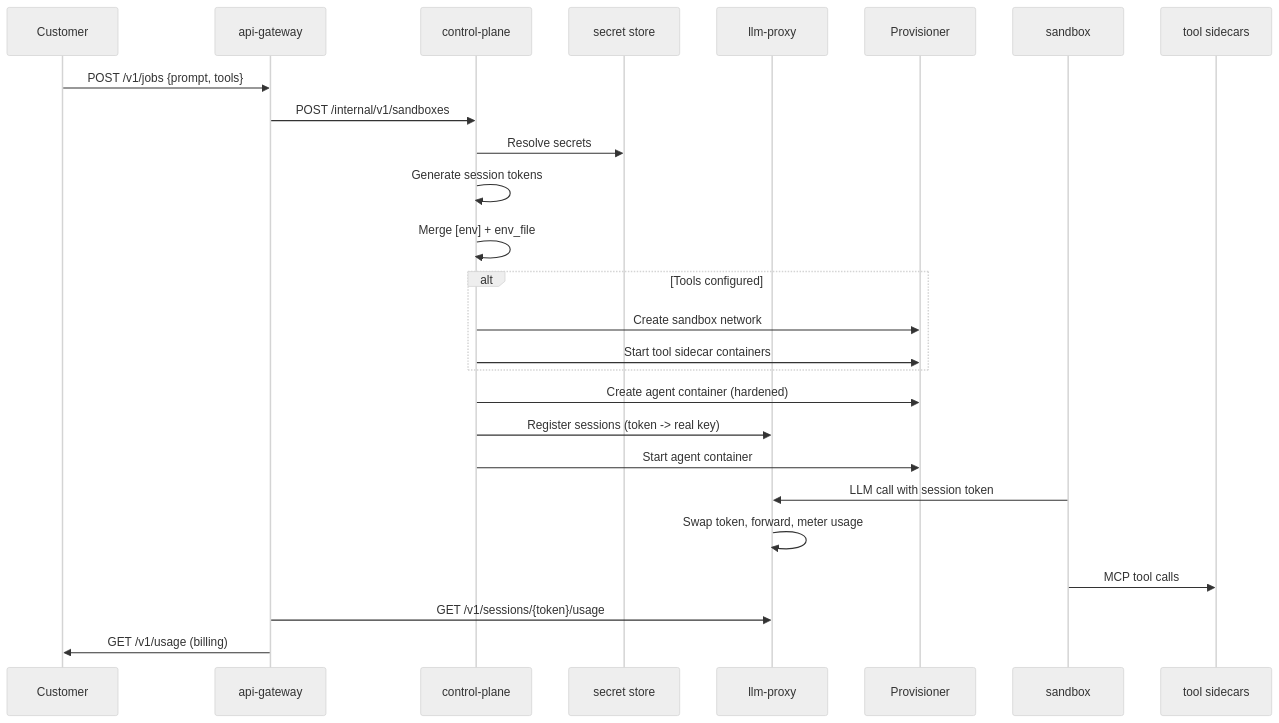
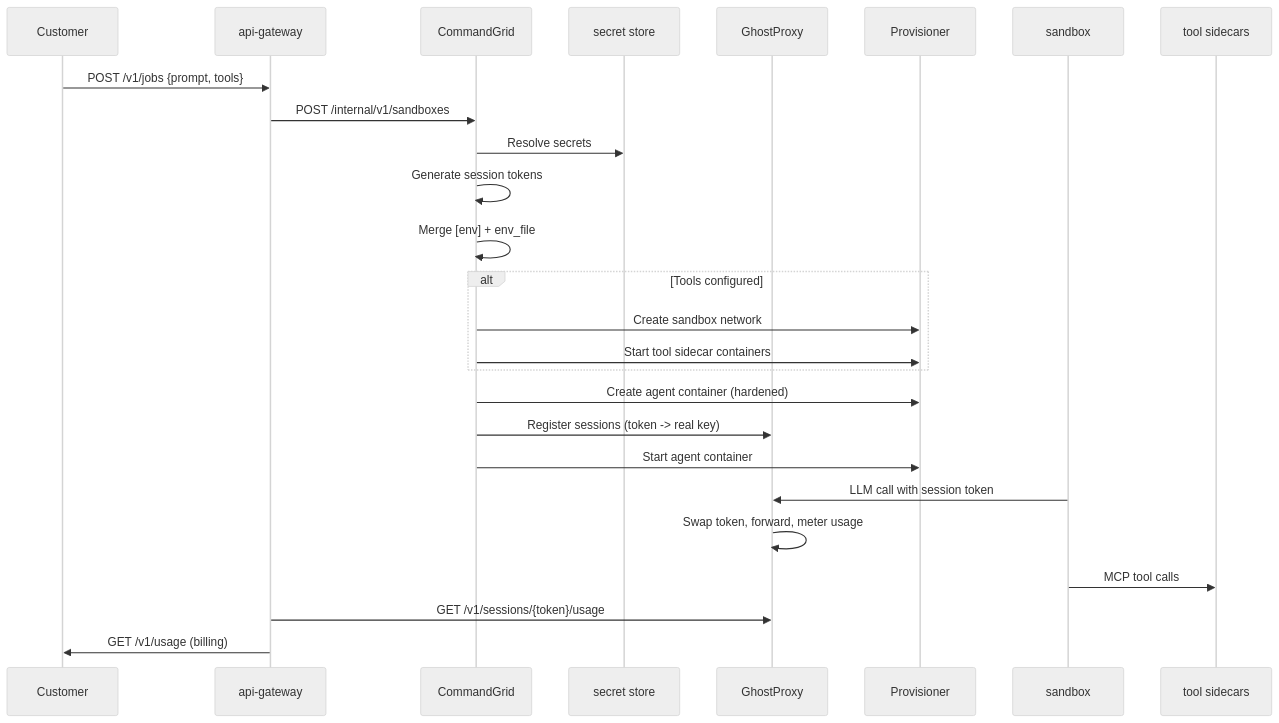
Before and after one commit to Travbz/control-plane: the second of 2 diagrams in docs/architecture.md, drawn with Mermaid (neutral theme). The commit also changed other lines of this file and 6 other files, not shown here.

````diff
--- a/docs/architecture.md
+++ b/docs/architecture.md
@@ -64,34 +64,34 @@
 ```mermaid
 sequenceDiagram
     participant Customer
     participant GW as api-gateway
-    participant CP as control-plane
+    participant CP as CommandGrid
     participant Store as secret store
-    participant Proxy as llm-proxy
+    participant Proxy as GhostProxy
     participant Docker as Provisioner
     participant Sandbox as sandbox
     participant Tools as tool sidecars
 
     Customer->>GW: POST /v1/jobs {prompt, tools}
     GW->>CP: POST /internal/v1/sandboxes
 
     CP->>Store: Resolve secrets
     CP->>CP: Generate session tokens
     CP->>CP: Merge [env] + env_file
 
     alt Tools configured
         CP->>Docker: Create sandbox network
         CP->>Docker: Start tool sidecar containers
     end
 
     CP->>Docker: Create agent container (hardened)
     CP->>Proxy: Register sessions (token -> real key)
     CP->>Docker: Start agent container
 
     Sandbox->>Proxy: LLM call with session token
     Proxy->>Proxy: Swap token, forward, meter usage
     Sandbox->>Tools: MCP tool calls
 
     GW->>Proxy: GET /v1/sessions/{token}/usage
     GW->>Customer: GET /v1/usage (billing)
 ```
````
